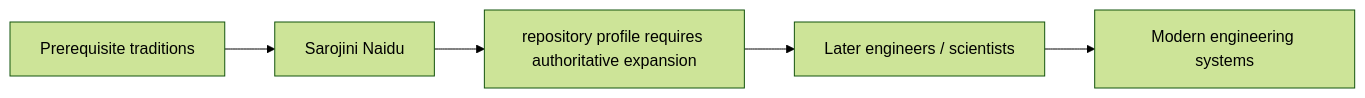
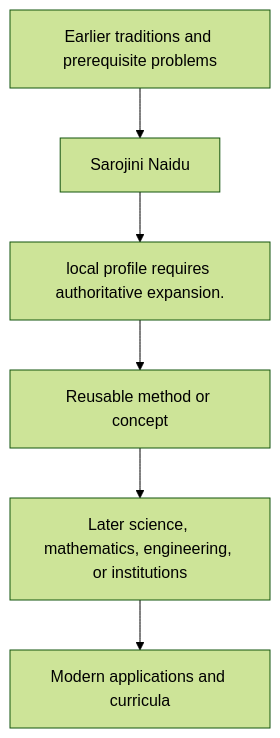
One commit to via-decide/ViaLogic changed the diagram in docs/history/sarojini-naidu/influence.md. Above: the diagram before and after it, drawn with Mermaid (forest theme). The commit also changed other lines of this file and 858 other files, not shown here.

````diff
--- a/docs/history/sarojini-naidu/influence.md
+++ b/docs/history/sarojini-naidu/influence.md
@@ -29,7 +16,8 @@
 ```mermaid
-graph LR
-  prerequisites["Prerequisite traditions"] --> current["Sarojini Naidu"]
-  current --> contribution["repository profile requires authoritative expansion"]
-  contribution --> successors["Later engineers / scientists"]
-  successors --> modern["Modern engineering systems"]
+graph TD
+  Prior[Earlier traditions and prerequisite problems] --> Person[Sarojini Naidu]
+  Person --> Contribution[local profile requires authoritative expansion.]
+  Contribution --> Method[Reusable method or concept]
+  Method --> Later[Later science, mathematics, engineering, or institutions]
+  Later --> Modern[Modern applications and curricula]
 ```
````
